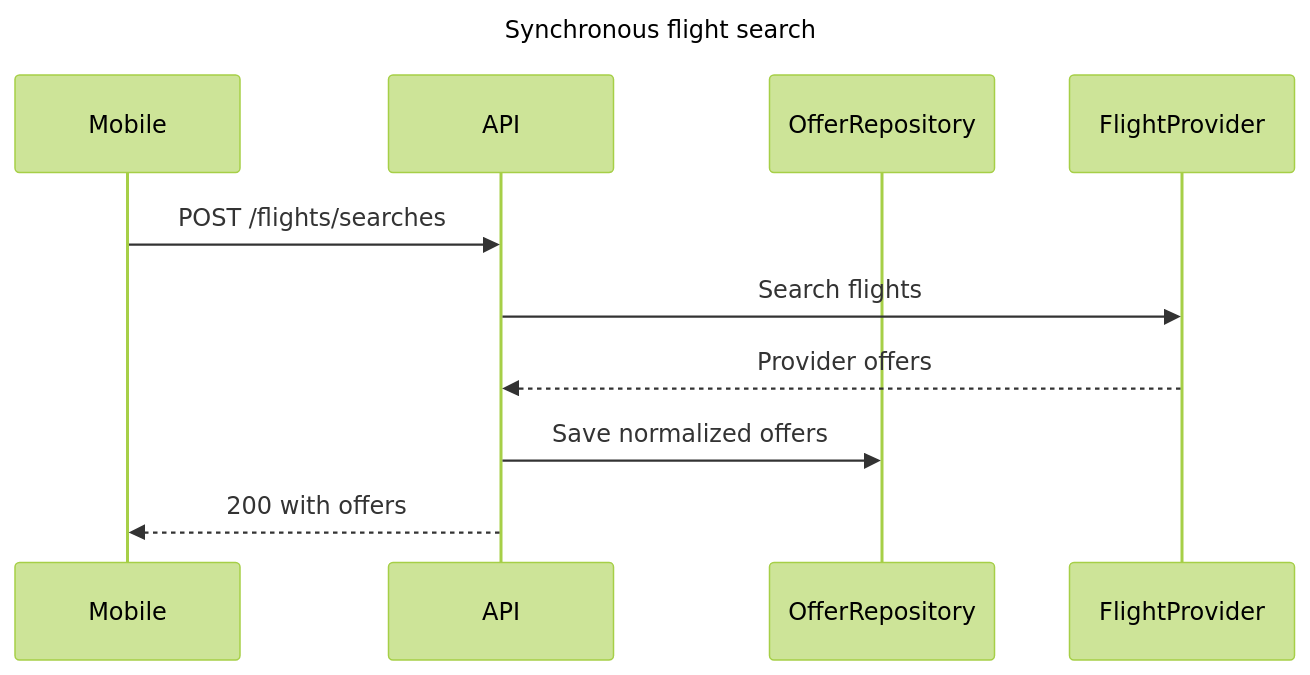
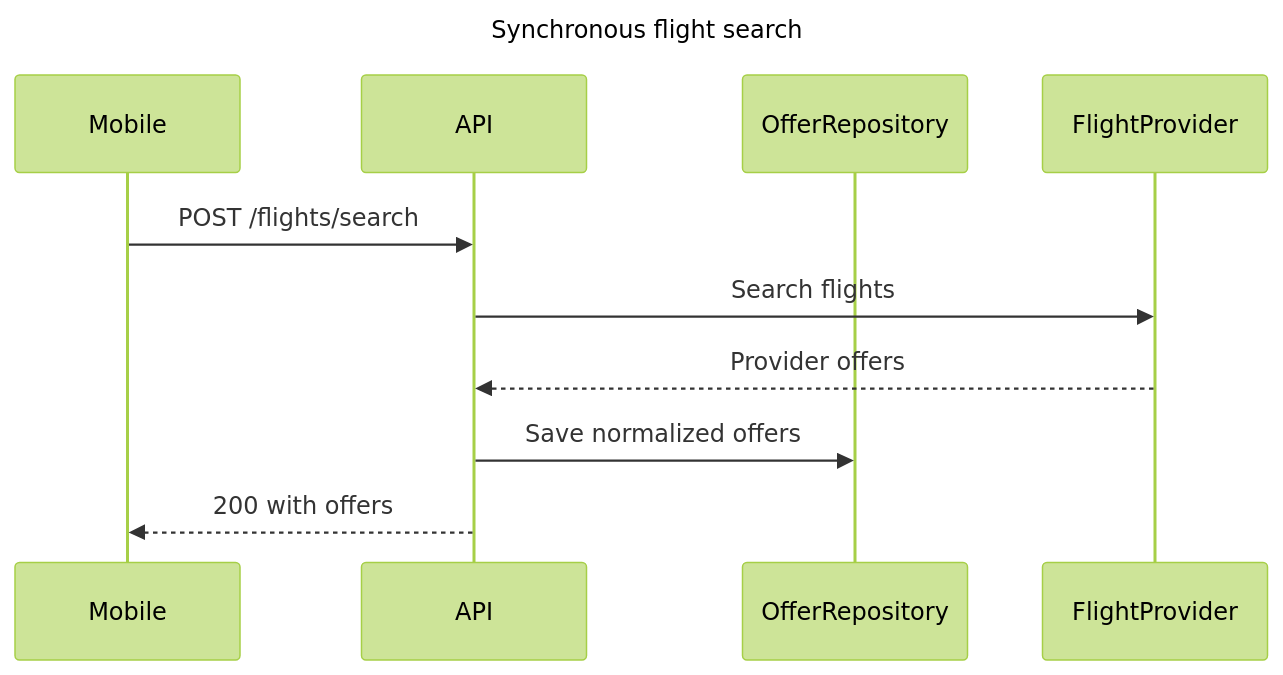
One commit to trubnikovr/protravelnew changed the diagram in docs/backend-api/flights.md. Above: the diagram before and after it, drawn with Mermaid (forest theme). The commit also changed other lines of this file and 712 other files, not shown here.

````diff
--- a/docs/backend-api/flights.md
+++ b/docs/backend-api/flights.md
@@ -26,14 +26,14 @@
 ```mermaid
 sequenceDiagram
     title Synchronous flight search
     participant Mobile
     participant API
     participant OfferRepository
     participant FlightProvider
 
-    Mobile->>API: POST /flights/searches
+    Mobile->>API: POST /flights/search
     API->>FlightProvider: Search flights
     FlightProvider-->>API: Provider offers
     API->>OfferRepository: Save normalized offers
     API-->>Mobile: 200 with offers
 ```
````
